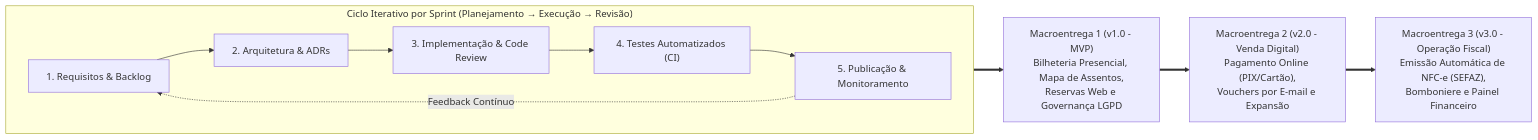
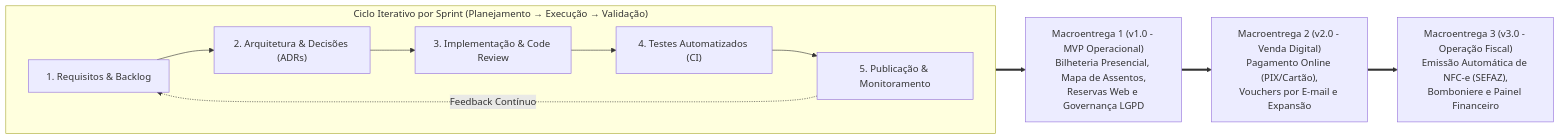
One commit to CINESOFT-SOLUTIONS/manual-processos-software changed the diagram in manual/capitulos/03-processos-organizacionais.md. Above: the diagram before and after it, drawn with Mermaid. The commit also changed other lines of this file and 2 other files, not shown here.

````diff
--- a/manual/capitulos/03-processos-organizacionais.md
+++ b/manual/capitulos/03-processos-organizacionais.md
@@ -15,15 +15,15 @@
 ```mermaid
 flowchart LR
-    subgraph Ciclo["Ciclo Iterativo por Sprint (Planejamento → Execução → Revisão)"]
+    subgraph Ciclo["Ciclo Iterativo por Sprint (Planejamento → Execução → Validação)"]
         direction LR
-        R["1. Requisitos & Backlog"] --> D["2. Arquitetura & ADRs"]
+        R["1. Requisitos & Backlog"] --> D["2. Arquitetura & Decisões (ADRs)"]
         D --> I["3. Implementação & Code Review"]
         I --> T["4. Testes Automatizados (CI)"]
         T --> P["5. Publicação & Monitoramento"]
         P -.->|"Feedback Contínuo"| R
     end
 
-    Ciclo ==> M1["Macroentrega 1 (v1.0 - MVP)\nBilheteria Presencial, Mapa de Assentos,\nReservas Web e Governança LGPD"]
+    Ciclo ==> M1["Macroentrega 1 (v1.0 - MVP Operacional)\nBilheteria Presencial, Mapa de Assentos,\nReservas Web e Governança LGPD"]
     M1 ==> M2["Macroentrega 2 (v2.0 - Venda Digital)\nPagamento Online (PIX/Cartão),\nVouchers por E-mail e Expansão"]
     M2 ==> M3["Macroentrega 3 (v3.0 - Operação Fiscal)\nEmissão Automática de NFC-e (SEFAZ),\nBomboniere e Painel Financeiro"]
 ```
````
